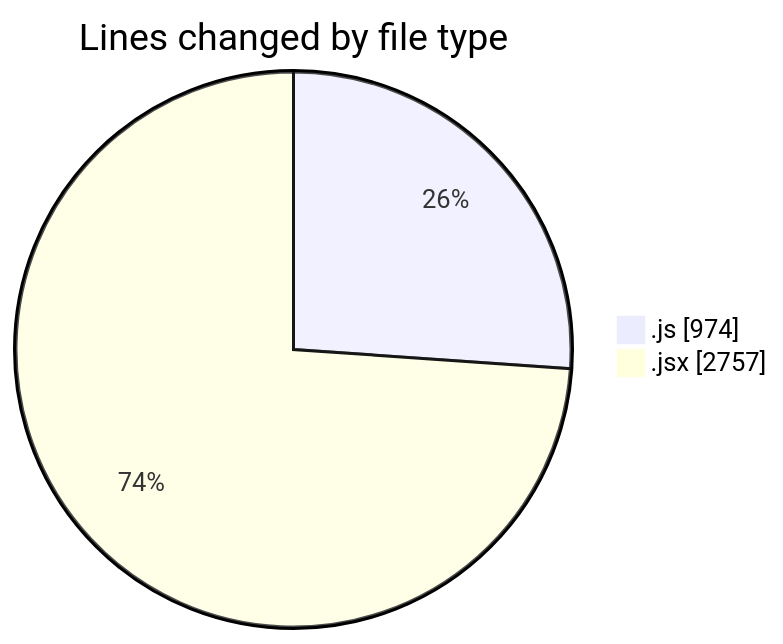
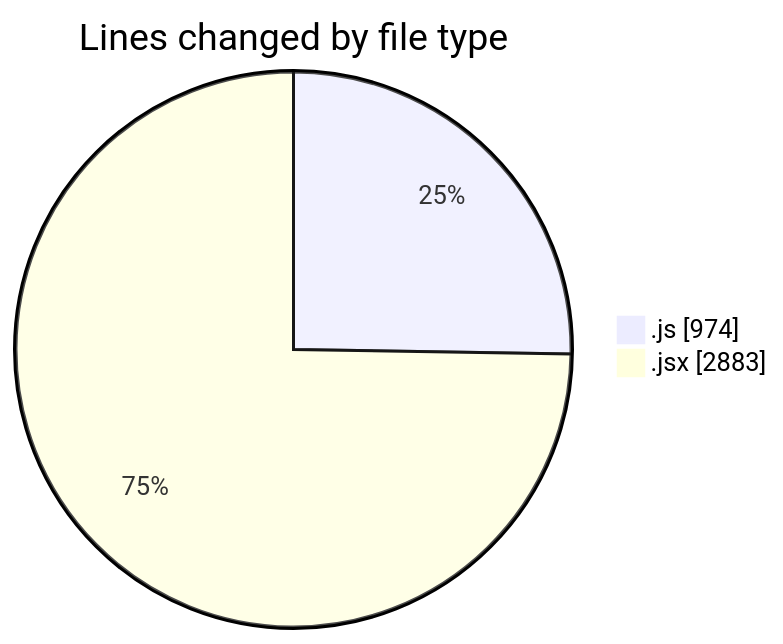
One commit to nxtqubesakshisongat/code-tracking changed the first of 2 diagrams in 2025-12-05/nxtqube_webapp/README.md. Above: the diagram before and after it, drawn with Mermaid. The commit also changed other lines of this file and 1 other file, not shown here.

````diff
--- a/2025-12-05/nxtqube_webapp/README.md
+++ b/2025-12-05/nxtqube_webapp/README.md
@@ -23,6 +23,6 @@
 ```mermaid
 pie showData
 title Lines changed by file type
 ".js" : 974
-".jsx" : 2757
+".jsx" : 2883
 ```
````
